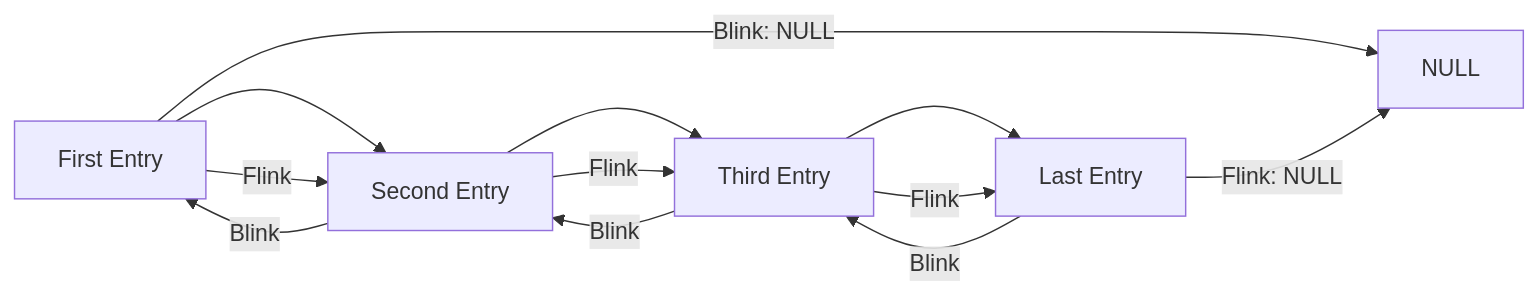
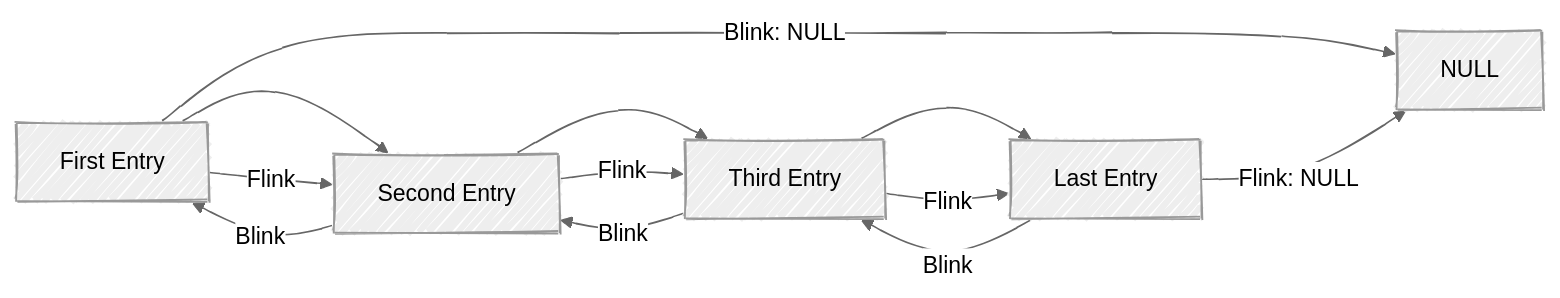
The third of 3 diagrams in internals/nt_heap.md (pwnfuzz/WindowsHeapMastery), drawn with Mermaid before and after one commit. The commit also changed 4 other files, not shown here.

Commit message:
Consistency in mermaid themes

````diff
--- a/internals/nt_heap.md
+++ b/internals/nt_heap.md
@@ -51,16 +51,21 @@
 ```mermaid
+---
+config:
+  look: handDrawn
+  theme: neutral
+---
 graph LR
     A[First Entry] --> B[Second Entry]
     B --> C[Third Entry]
     C --> D[Last Entry]
     
     A-->|Blink: NULL| NULL
     D-->|Flink: NULL| NULL
     A-->|Flink| B
     B-->|Flink| C
     C-->|Flink| D
     B-->|Blink| A
     C-->|Blink| B
     D-->|Blink| C
 
 ```
````
